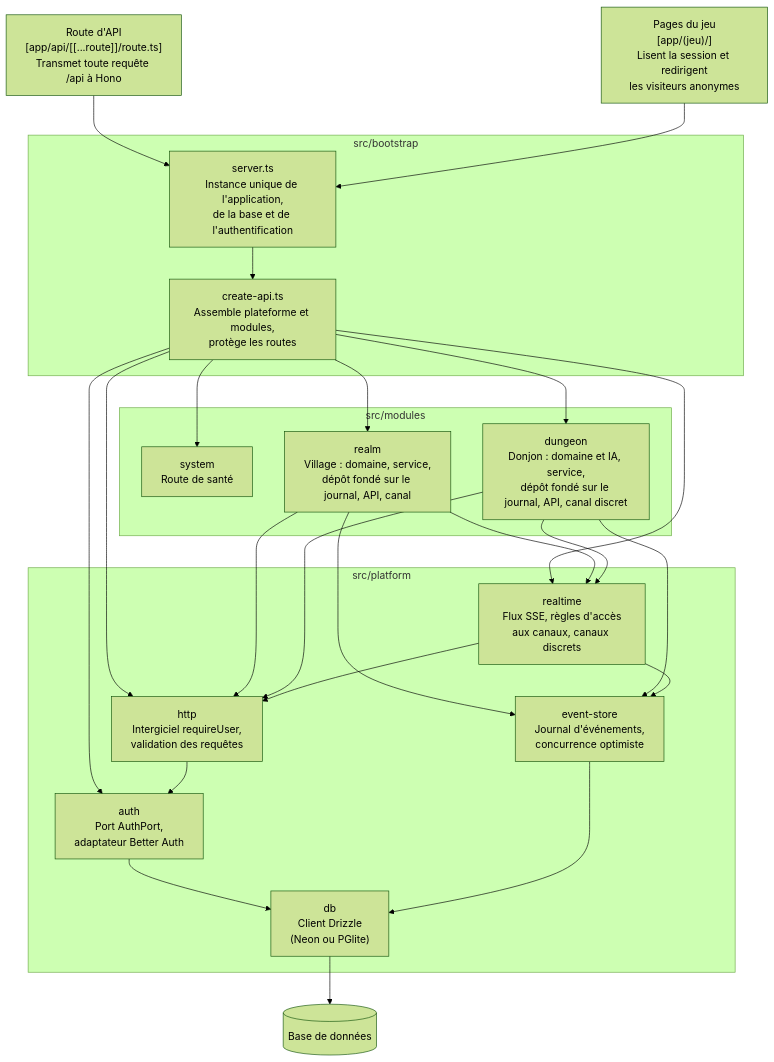
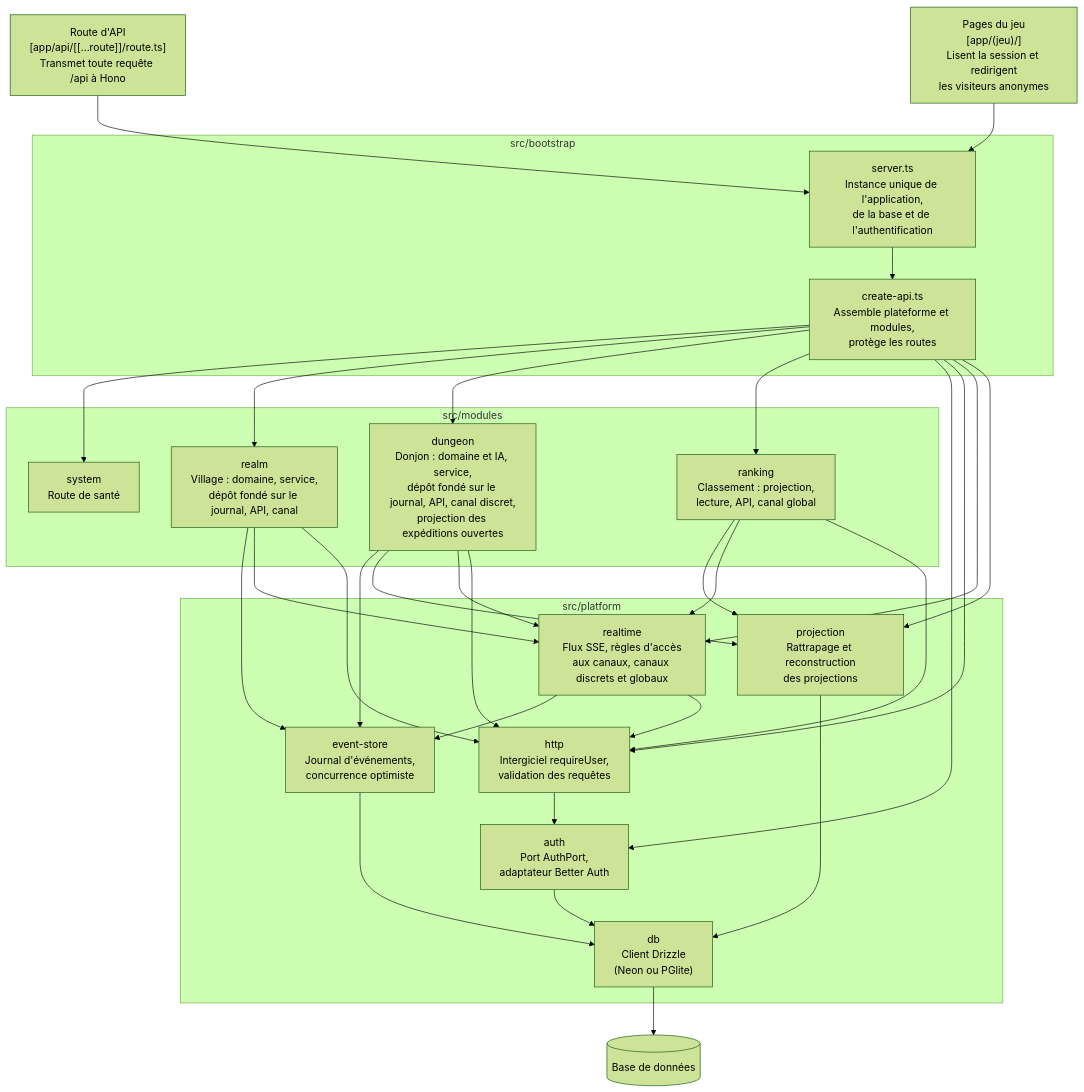
The third of 4 diagrams in docs/architecture.md (leon-morival/kingdom), drawn with Mermaid (forest theme) before and after one commit. The commit also changed other lines of this file and 5 other files, not shown here.

Commit message:
docs(adr): document CQRS projections and ranking security

````diff
--- a/docs/architecture.md
+++ b/docs/architecture.md
@@ -50,33 +54,37 @@
 ```mermaid
 flowchart TB
   route["Route d'API<br/>[app/api/[[...route]]/route.ts]<br/>Transmet toute requête /api à Hono"]
   pages["Pages du jeu<br/>[app/(jeu)/]<br/>Lisent la session et redirigent<br/>les visiteurs anonymes"]
   subgraph bootstrap["src/bootstrap"]
     server["server.ts<br/>Instance unique de l'application,<br/>de la base et de l'authentification"]
     createapi["create-api.ts<br/>Assemble plateforme et modules,<br/>protège les routes"]
   end
   subgraph modules["src/modules"]
     system["system<br/>Route de santé"]
     realm["realm<br/>Village : domaine, service,<br/>dépôt fondé sur le journal, API, canal"]
-    dungeon["dungeon<br/>Donjon : domaine et IA, service,<br/>dépôt fondé sur le journal, API, canal discret"]
+    dungeon["dungeon<br/>Donjon : domaine et IA, service,<br/>dépôt fondé sur le journal, API, canal discret,<br/>projection des expéditions ouvertes"]
+    ranking["ranking<br/>Classement : projection,<br/>lecture, API, canal global"]
   end
   subgraph platform["src/platform"]
     auth["auth<br/>Port AuthPort,<br/>adaptateur Better Auth"]
     http["http<br/>Intergiciel requireUser,<br/>validation des requêtes"]
-    realtime["realtime<br/>Flux SSE, règles d'accès<br/>aux canaux, canaux discrets"]
+    realtime["realtime<br/>Flux SSE, règles d'accès<br/>aux canaux, canaux discrets et globaux"]
     store["event-store<br/>Journal d'événements,<br/>concurrence optimiste"]
+    projection["projection<br/>Rattrapage et reconstruction<br/>des projections"]
     db["db<br/>Client Drizzle<br/>(Neon ou PGlite)"]
   end
   base[("Base de données")]
   route --> server
   pages --> server
   server --> createapi
-  createapi --> system & realm & dungeon & auth & http & realtime
+  createapi --> system & realm & dungeon & ranking & auth & http & realtime & projection
   realm --> store & realtime & http
-  dungeon --> store & realtime & http
+  dungeon --> store & projection & realtime & http
+  ranking --> projection & realtime & http
   realtime --> store & http
+  projection --> db
   http --> auth
   auth --> db
   store --> db
   db --> base
 ```
````
